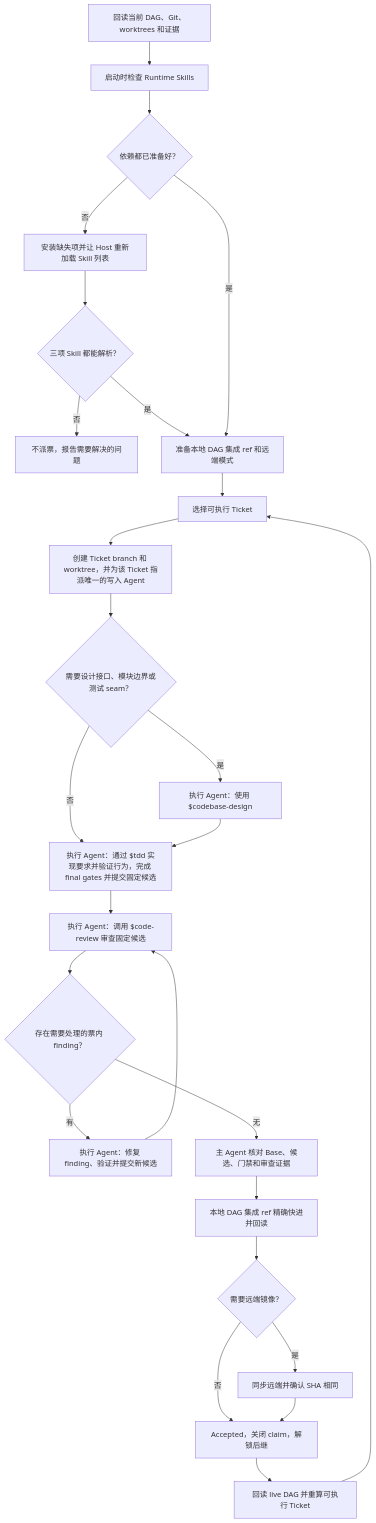
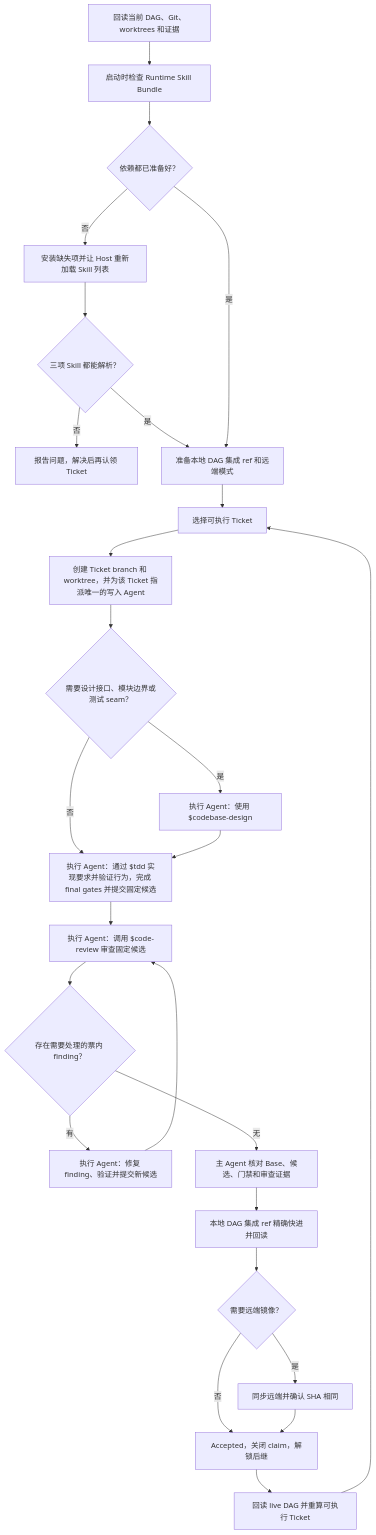
The diagram in README.md (RedHeartSecretMan/dag-skill), drawn with Mermaid before and after one commit. The commit also changed other lines of this file, not shown here.

Commit message:
docs: streamline DAG startup guidance

````diff
--- a/README.md
+++ b/README.md
@@ -48,28 +33,28 @@
 ```mermaid
 flowchart TD
-    A["回读当前 DAG、Git、worktrees 和证据"] --> B["启动时检查 Runtime Skills"]
+    A["回读当前 DAG、Git、worktrees 和证据"] --> B["启动时检查 Runtime Skill Bundle"]
     B --> C{"依赖都已准备好？"}
     C -->|否| C1["安装缺失项并让 Host 重新加载 Skill 列表"]
     C1 --> C2{"三项 Skill 都能解析？"}
-    C2 -->|否| Z["不派票，报告需要解决的问题"]
+    C2 -->|否| Z["报告问题，解决后再认领 Ticket"]
     C2 -->|是| D["准备本地 DAG 集成 ref 和远端模式"]
     C -->|是| D
     D --> E["选择可执行 Ticket"]
     E --> F["创建 Ticket branch 和 worktree，并为该 Ticket 指派唯一的写入 Agent"]
     F --> F1{"需要设计接口、模块边界或测试 seam？"}
     F1 -->|是| F2["执行 Agent：使用 $codebase-design"]
     F1 -->|否| G["执行 Agent：通过 $tdd 实现要求并验证行为，完成 final gates 并提交固定候选"]
     F2 --> G
     G --> H["执行 Agent：调用 $code-review 审查固定候选"]
     H --> I{"存在需要处理的票内 finding？"}
     I -->|有| I1["执行 Agent：修复 finding、验证并提交新候选"]
     I1 --> H
     I -->|无| J["主 Agent 核对 Base、候选、门禁和审查证据"]
     J --> K["本地 DAG 集成 ref 精确快进并回读"]
     K --> L{"需要远端镜像？"}
     L -->|否| M["Accepted，关闭 claim，解锁后继"]
     L -->|是| L1["同步远端并确认 SHA 相同"]
     L1 --> M
     M --> N["回读 live DAG 并重算可执行 Ticket"]
     N --> E
 ```
````
